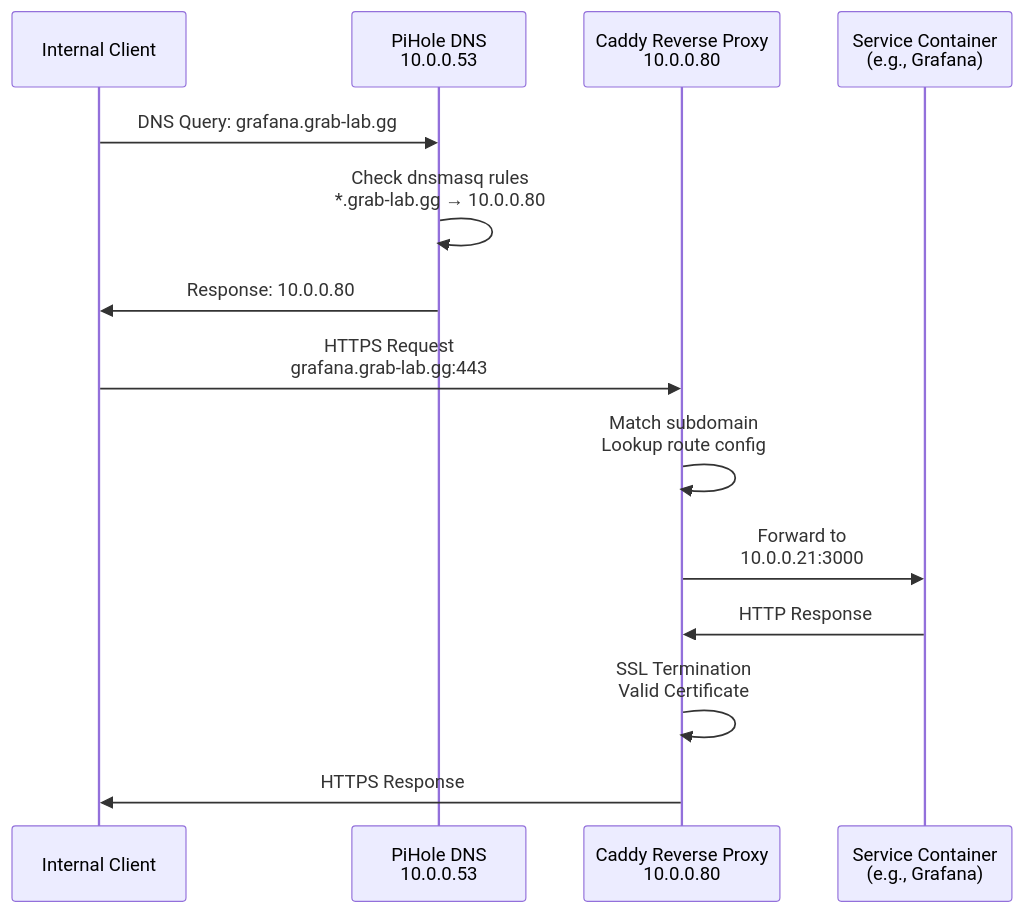
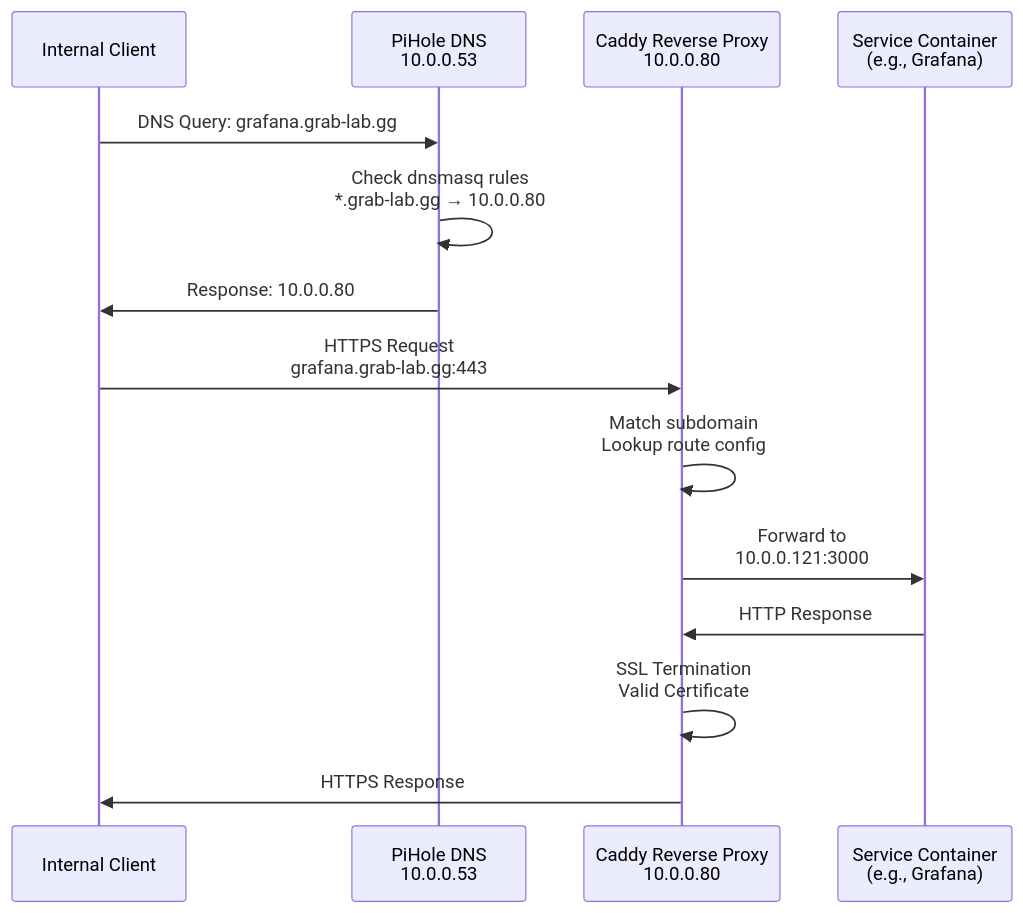
Before and after one commit to grabp/lab: the second of 7 diagrams in docs/ARCHITECTURE.md, drawn with Mermaid. The commit also changed other lines of this file and 12 other files, not shown here.

````diff
--- a/docs/ARCHITECTURE.md
+++ b/docs/ARCHITECTURE.md
@@ -106,17 +106,17 @@
 ```mermaid
 sequenceDiagram
     participant Client as Internal Client
     participant PiHole as PiHole DNS<br/>10.0.0.53
     participant Caddy as Caddy Reverse Proxy<br/>10.0.0.80
     participant Service as Service Container<br/>(e.g., Grafana)
     
     Client->>PiHole: DNS Query: grafana.grab-lab.gg
     PiHole->>PiHole: Check dnsmasq rules<br/>*.grab-lab.gg → 10.0.0.80
     PiHole->>Client: Response: 10.0.0.80
     Client->>Caddy: HTTPS Request<br/>grafana.grab-lab.gg:443
     Caddy->>Caddy: Match subdomain<br/>Lookup route config
-    Caddy->>Service: Forward to<br/>10.0.0.21:3000
+    Caddy->>Service: Forward to<br/>10.0.0.121:3000
     Service->>Caddy: HTTP Response
     Caddy->>Caddy: SSL Termination<br/>Valid Certificate
     Caddy->>Client: HTTPS Response
 ```
````
